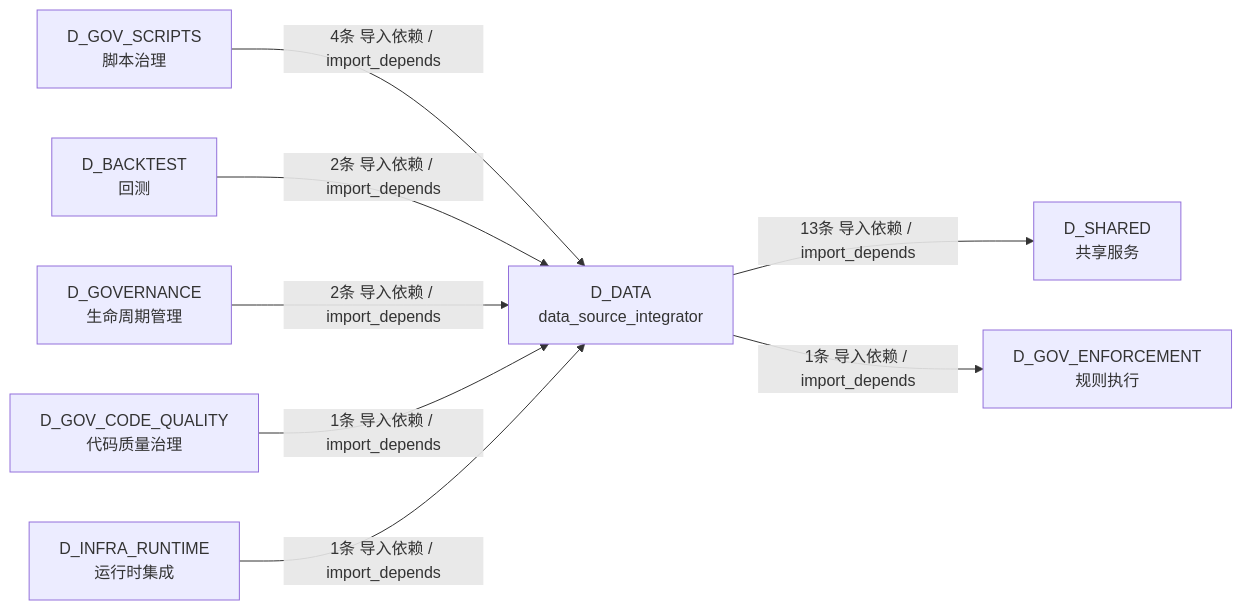
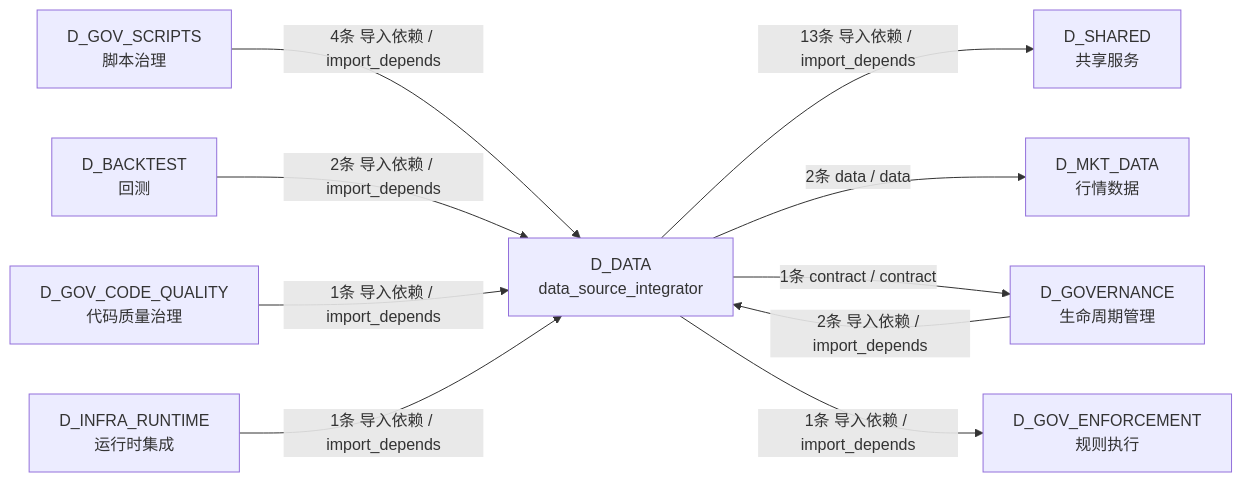
The fifth of 5 diagrams in docs/02_enterprise_architecture/02_domain_architecture_docs/61_d_data.md (xuanFelixVan/ZephyrAlpha), drawn with Mermaid before and after one commit. The commit also changed other lines of this file and 101 other files, not shown here.

````diff
--- a/docs/02_enterprise_architecture/02_domain_architecture_docs/61_d_data.md
+++ b/docs/02_enterprise_architecture/02_domain_architecture_docs/61_d_data.md
@@ -486,18 +493,21 @@
 ```mermaid
 graph LR
     D_DATA["D_DATA<br/>data_source_integrator"]
     D_SHARED["D_SHARED<br/>共享服务"]
+    D_MKT_DATA["D_MKT_DATA<br/>行情数据"]
+    D_GOVERNANCE["D_GOVERNANCE<br/>生命周期管理"]
     D_GOV_ENFORCEMENT["D_GOV_ENFORCEMENT<br/>规则执行"]
     D_GOV_SCRIPTS["D_GOV_SCRIPTS<br/>脚本治理"]
     D_BACKTEST["D_BACKTEST<br/>回测"]
-    D_GOVERNANCE["D_GOVERNANCE<br/>生命周期管理"]
     D_GOV_CODE_QUALITY["D_GOV_CODE_QUALITY<br/>代码质量治理"]
     D_INFRA_RUNTIME["D_INFRA_RUNTIME<br/>运行时集成"]
     D_DATA -->|13条 导入依赖 / import_depends| D_SHARED
+    D_DATA -->|2条 data / data| D_MKT_DATA
+    D_DATA -->|1条 contract / contract| D_GOVERNANCE
     D_DATA -->|1条 导入依赖 / import_depends| D_GOV_ENFORCEMENT
     D_GOV_SCRIPTS -->|4条 导入依赖 / import_depends| D_DATA
     D_BACKTEST -->|2条 导入依赖 / import_depends| D_DATA
     D_GOVERNANCE -->|2条 导入依赖 / import_depends| D_DATA
     D_GOV_CODE_QUALITY -->|1条 导入依赖 / import_depends| D_DATA
     D_INFRA_RUNTIME -->|1条 导入依赖 / import_depends| D_DATA
 ```
````
